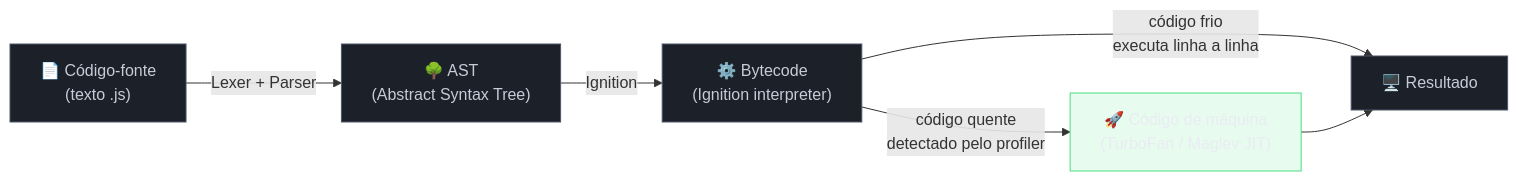
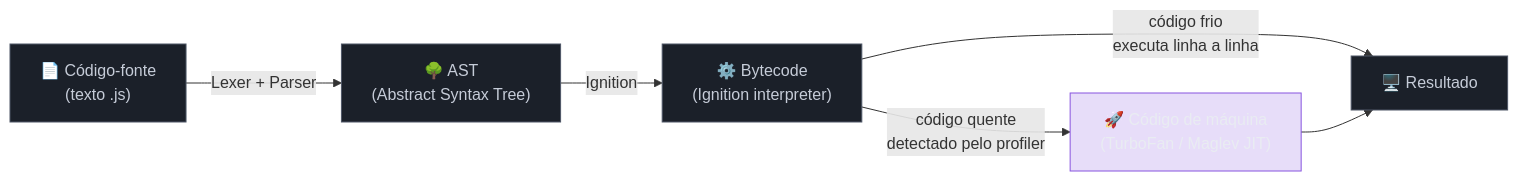
Before and after one commit to josenaldo/codex-technomanticus: the diagram in 03-Dominios/Tecnologia/JavaScript/01 - O que é JavaScript.md, drawn with Mermaid. The commit also changed 601 other files, not shown here.

````diff
--- a/03-Dominios/Tecnologia/JavaScript/01 - O que é JavaScript.md
+++ b/03-Dominios/Tecnologia/JavaScript/01 - O que é JavaScript.md
@@ -82,16 +82,16 @@
 ```mermaid
 flowchart LR
+    classDef marca fill:#8855DF33,stroke:#8855DF,color:#E9ECF2
     classDef neutro fill:#1B2029,stroke:#4E5666,color:#C6CCD8
-    classDef ok fill:#4ADE8021,stroke:#4ADE80,color:#E9ECF2
     A["📄 Código-fonte\n(texto .js)"] -->|"Lexer + Parser"| B["🌳 AST\n(Abstract Syntax Tree)"]
     B -->|"Ignition"| C["⚙️ Bytecode\n(Ignition interpreter)"]
     C -->|"código frio\nexecuta linha a linha"| E["🖥️ Resultado"]
     C -->|"código quente\ndetectado pelo profiler"| D["🚀 Código de máquina\n(TurboFan / Maglev JIT)"]
     D --> E
 
     class A neutro
     class B neutro
     class C neutro
-    class D ok
+    class D marca
     class E neutro
 ```
````
